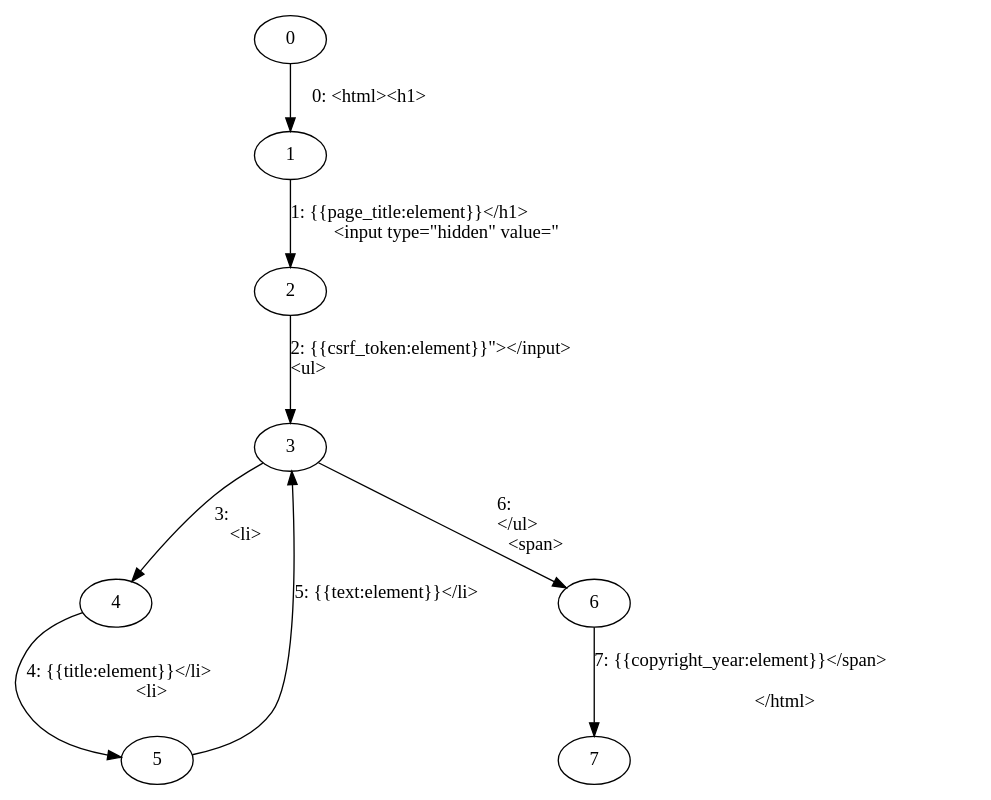
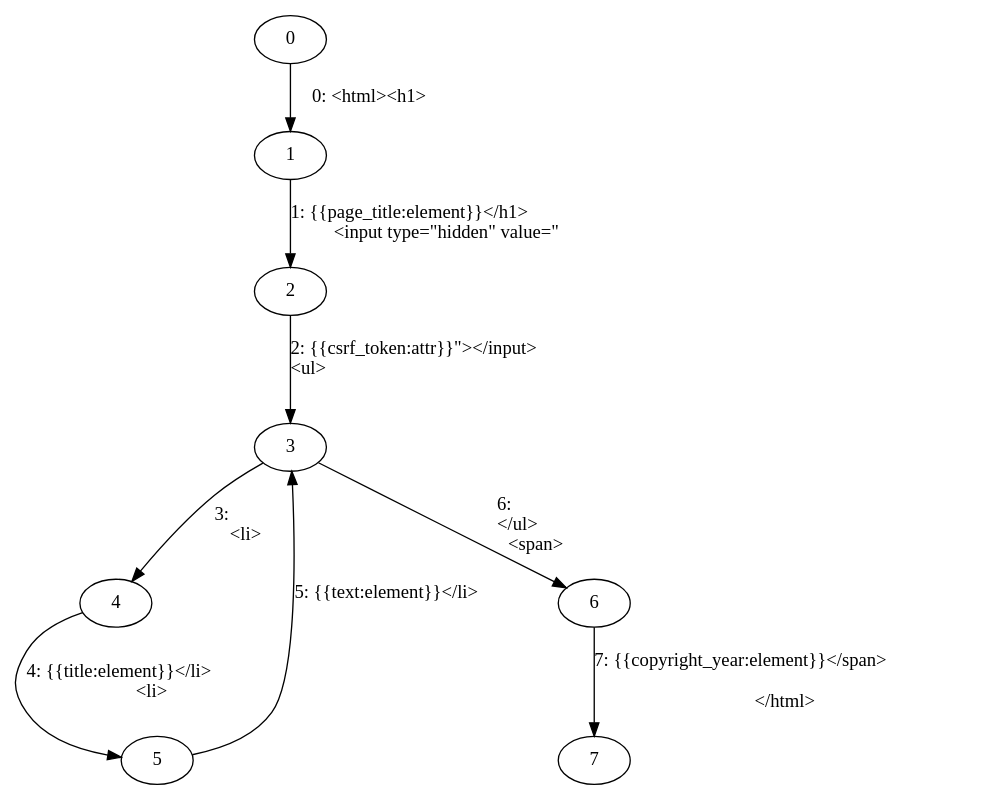
One commit to mohe2015/zero-cost-templating changed the diagram in foo.dot. Above: the diagram before and after it, drawn with Graphviz. The commit also changed 1 other file, not shown here.

```diff
--- a/foo.dot
+++ b/foo.dot
@@ -1,18 +1,18 @@
 digraph {
     0 [ label = "0" ]
     1 [ label = "1" ]
     2 [ label = "2" ]
     3 [ label = "3" ]
     4 [ label = "4" ]
     5 [ label = "5" ]
     6 [ label = "6" ]
     7 [ label = "7" ]
     0 -> 1 [ label = "0: <html><h1>" ]
     1 -> 2 [ label = "1: {{page_title:element}}</h1>\l<input type=\"hidden\" value=\"" ]
-    2 -> 3 [ label = "2: {{csrf_token:element}}\"></input>\l<ul>\l  " ]
+    2 -> 3 [ label = "2: {{csrf_token:attr}}\"></input>\l<ul>\l  " ]
     3 -> 4 [ label = "3: \l  <li>" ]
     4 -> 5 [ label = "4: {{title:element}}</li>\l  <li>" ]
     5 -> 3 [ label = "5: {{text:element}}</li>\l  " ]
     3 -> 6 [ label = "6: \l</ul>\l<span>" ]
     6 -> 7 [ label = "7: {{copyright_year:element}}</span>\l\l</html>" ]
 }
```
